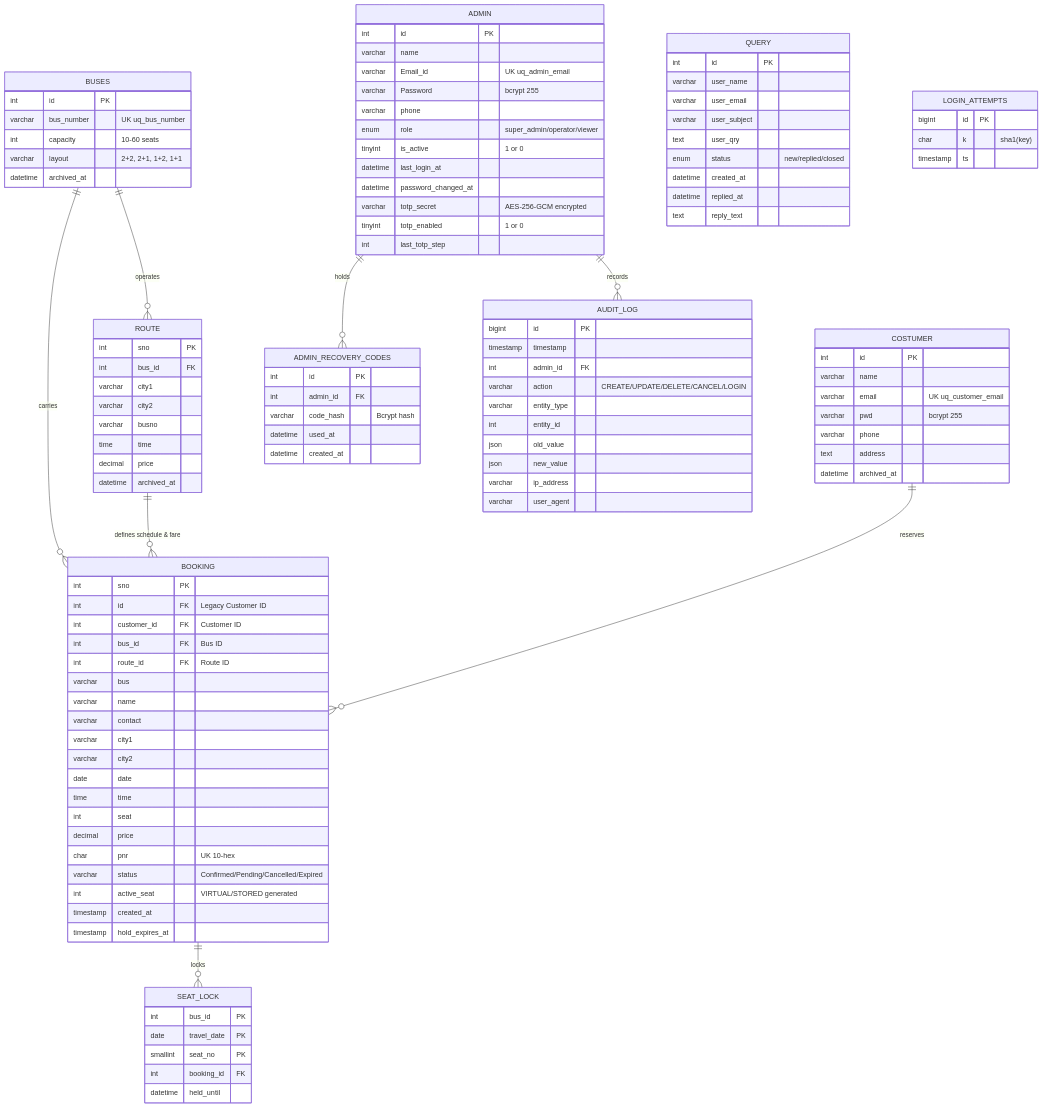
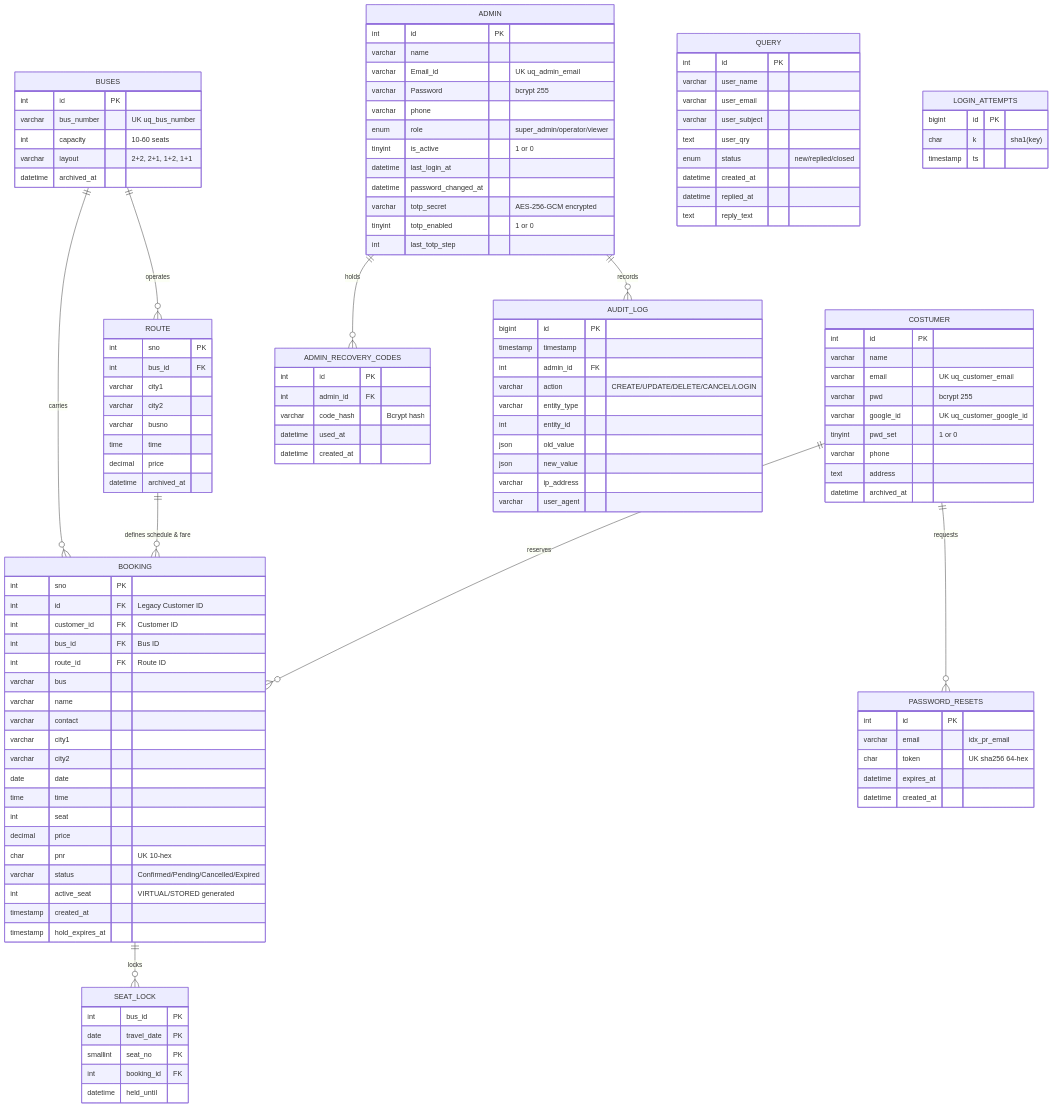
Before and after one commit to Jashan-randhawa/Bus-Resrvation: the diagram in wiki/Database-Schema-and-Models.md, drawn with Mermaid. The commit also changed other lines of this file and 5 other files, not shown here.

Commit message:
docs(wiki): update wiki documentation with Google OAuth 2.0, Brevo email transport, and migrations 012-013

```diff
--- a/wiki/Database-Schema-and-Models.md
+++ b/wiki/Database-Schema-and-Models.md
@@ -15,6 +15,7 @@
     BOOKING ||--o{ SEAT_LOCK : "locks"
     ADMIN ||--o{ ADMIN_RECOVERY_CODES : "holds"
     ADMIN ||--o{ AUDIT_LOG : "records"
+    COSTUMER ||--o{ PASSWORD_RESETS : "requests"
     
     ADMIN {
         int id PK
@@ -44,9 +45,19 @@
         varchar name
         varchar email "UK uq_customer_email"
         varchar pwd "bcrypt 255"
+        varchar google_id "UK uq_customer_google_id"
+        tinyint pwd_set "1 or 0"
         varchar phone
         text address
         datetime archived_at
+    }
+
+    PASSWORD_RESETS {
+        int id PK
+        varchar email "idx_pr_email"
+        char token "UK sha256 64-hex"
+        datetime expires_at
+        datetime created_at
     }
 
     BUSES {
```
